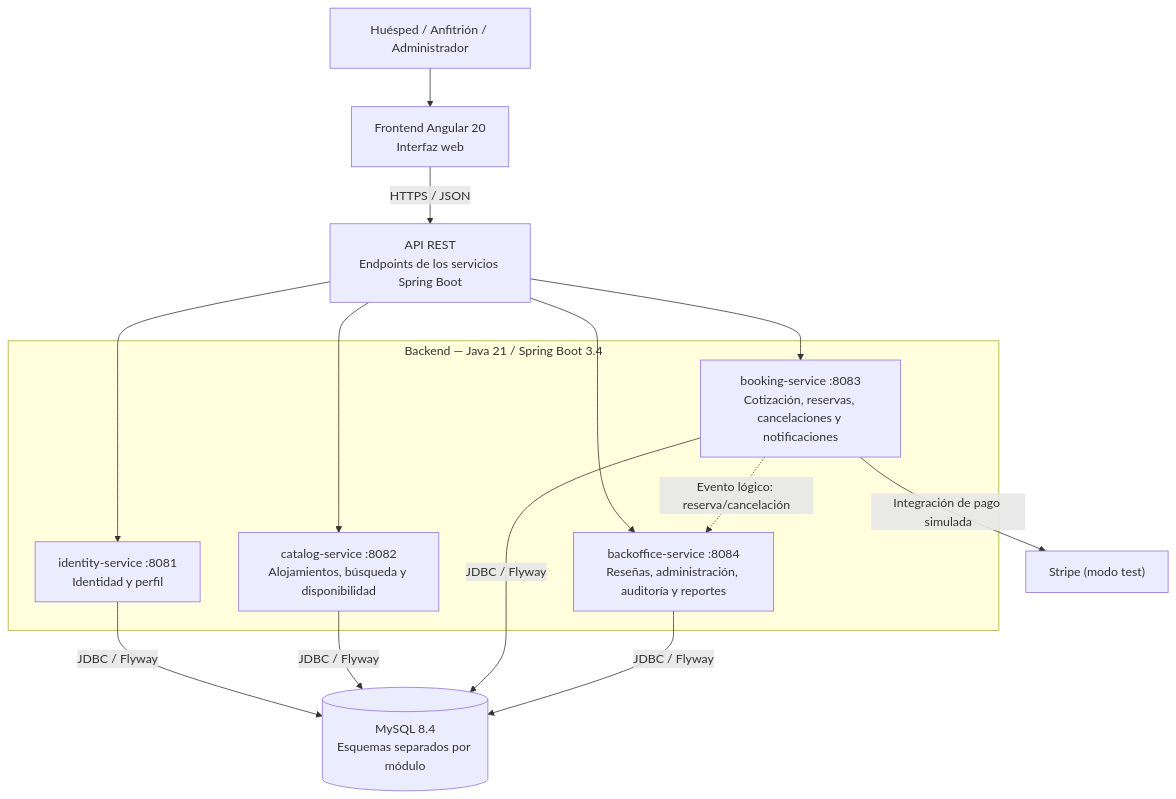
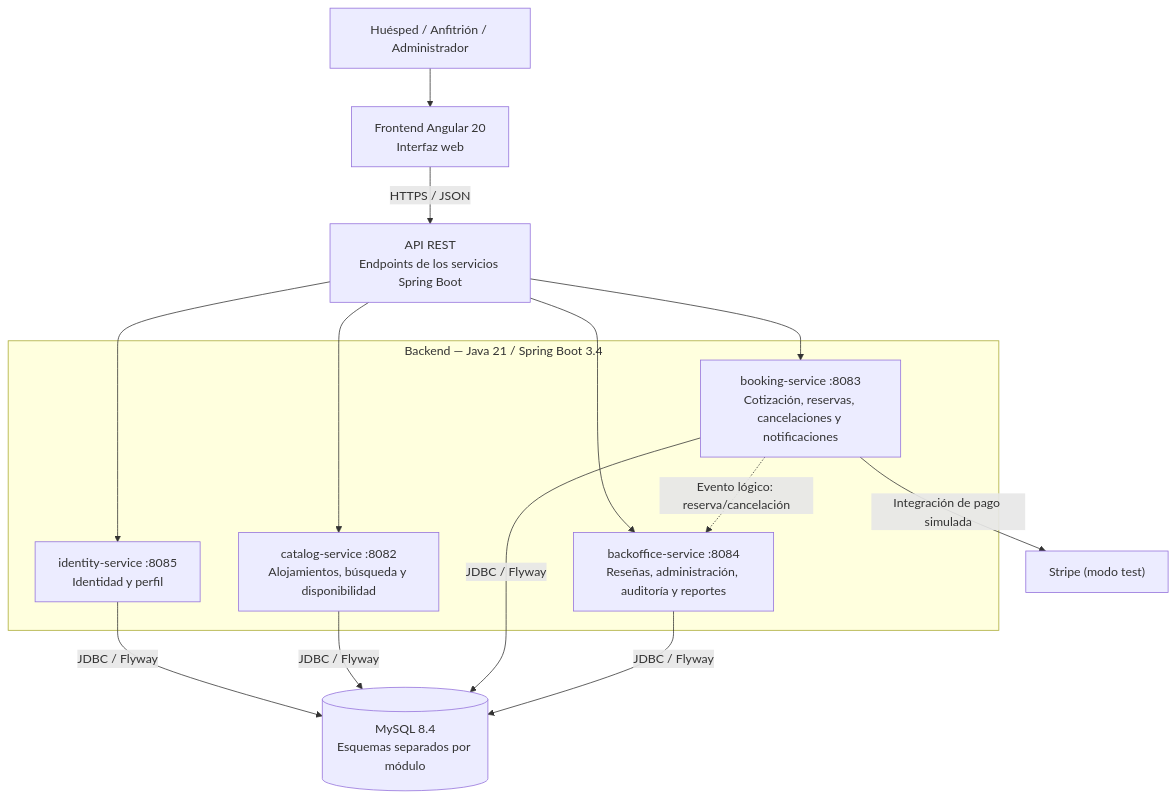
Before and after one commit to leidygildaza04/marketplace-alojamientos: the second of 2 diagrams in docs/confluence/07-1-arquitectura-c4.md, drawn with Mermaid. The commit also changed 105 other files, not shown here.

````diff
--- a/docs/confluence/07-1-arquitectura-c4.md
+++ b/docs/confluence/07-1-arquitectura-c4.md
@@ -44,29 +44,29 @@
 ```mermaid
 flowchart TB
     actors["Huésped / Anfitrión / Administrador"]
     frontend["Frontend Angular 20<br/>Interfaz web"]
     gateway["API REST<br/>Endpoints de los servicios Spring Boot"]
 
     subgraph backend["Backend — Java 21 / Spring Boot 3.4"]
-      identity["identity-service :8081<br/>Identidad y perfil"]
+      identity["identity-service :8085<br/>Identidad y perfil"]
       catalog["catalog-service :8082<br/>Alojamientos, búsqueda y disponibilidad"]
       booking["booking-service :8083<br/>Cotización, reservas, cancelaciones y notificaciones"]
       backoffice["backoffice-service :8084<br/>Reseñas, administración, auditoría y reportes"]
     end
 
     db[("MySQL 8.4<br/>Esquemas separados por módulo")]
     stripe["Stripe (modo test)"]
 
     actors --> frontend
     frontend -->|HTTPS / JSON| gateway
     gateway --> identity
     gateway --> catalog
     gateway --> booking
     gateway --> backoffice
     identity -->|JDBC / Flyway| db
     catalog -->|JDBC / Flyway| db
     booking -->|JDBC / Flyway| db
     backoffice -->|JDBC / Flyway| db
     booking -->|Integración de pago simulada| stripe
     booking -.->|Evento lógico: reserva/cancelación| backoffice
 ```
````
